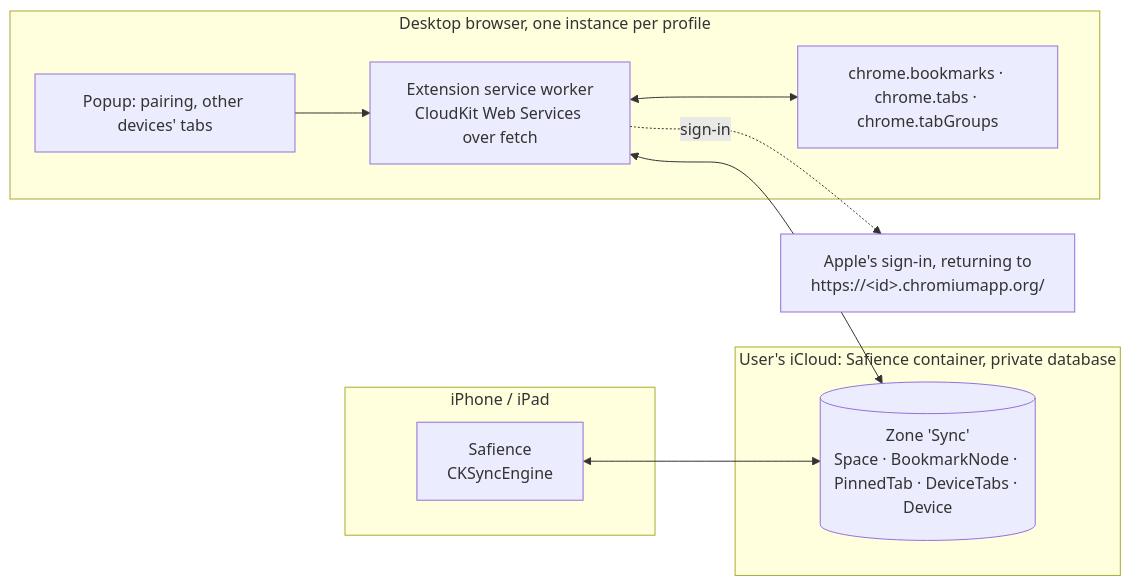
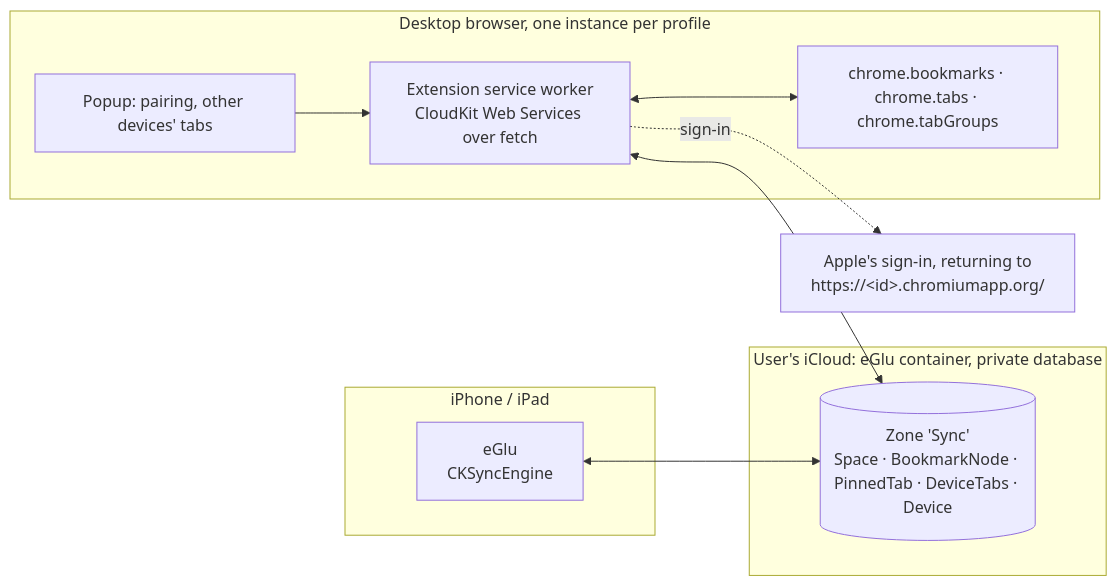
The diagram in Docs/SyncDesign.md (eGlu-browser/eGlu), drawn with Mermaid before and after one commit. The commit also changed other lines of this file and 163 other files, not shown here.

First line of the commit message:
Rename Safience to eGlu

````diff
--- a/Docs/SyncDesign.md
+++ b/Docs/SyncDesign.md
@@ -127,20 +127,20 @@
 ```mermaid
 flowchart LR
   subgraph Phone["iPhone / iPad"]
-    S[Safience<br/>CKSyncEngine]
+    S[eGlu<br/>CKSyncEngine]
   end
-  subgraph iCloud["User's iCloud: Safience container, private database"]
+  subgraph iCloud["User's iCloud: eGlu container, private database"]
     Z[(Zone 'Sync'<br/>Space · BookmarkNode · PinnedTab · DeviceTabs · Device)]
   end
   subgraph Desktop["Desktop browser, one instance per profile"]
     E[Extension service worker<br/>CloudKit Web Services over fetch]
     C[chrome.bookmarks · chrome.tabs · chrome.tabGroups]
     P[Popup: pairing, other devices' tabs]
   end
   W[Apple's sign-in, returning to<br/>https://&lt;id&gt;.chromiumapp.org/]
   S <--> Z
   E <--> Z
   E <--> C
   P --> E
   E -. sign-in .-> W
 ```
````
